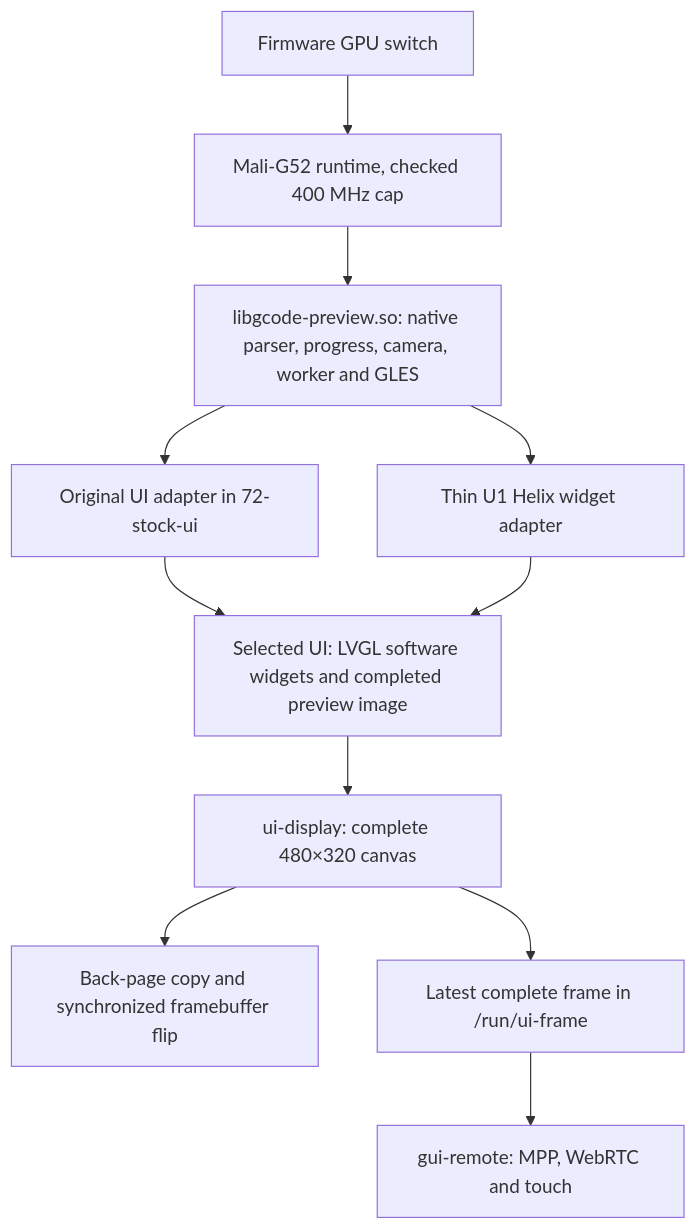
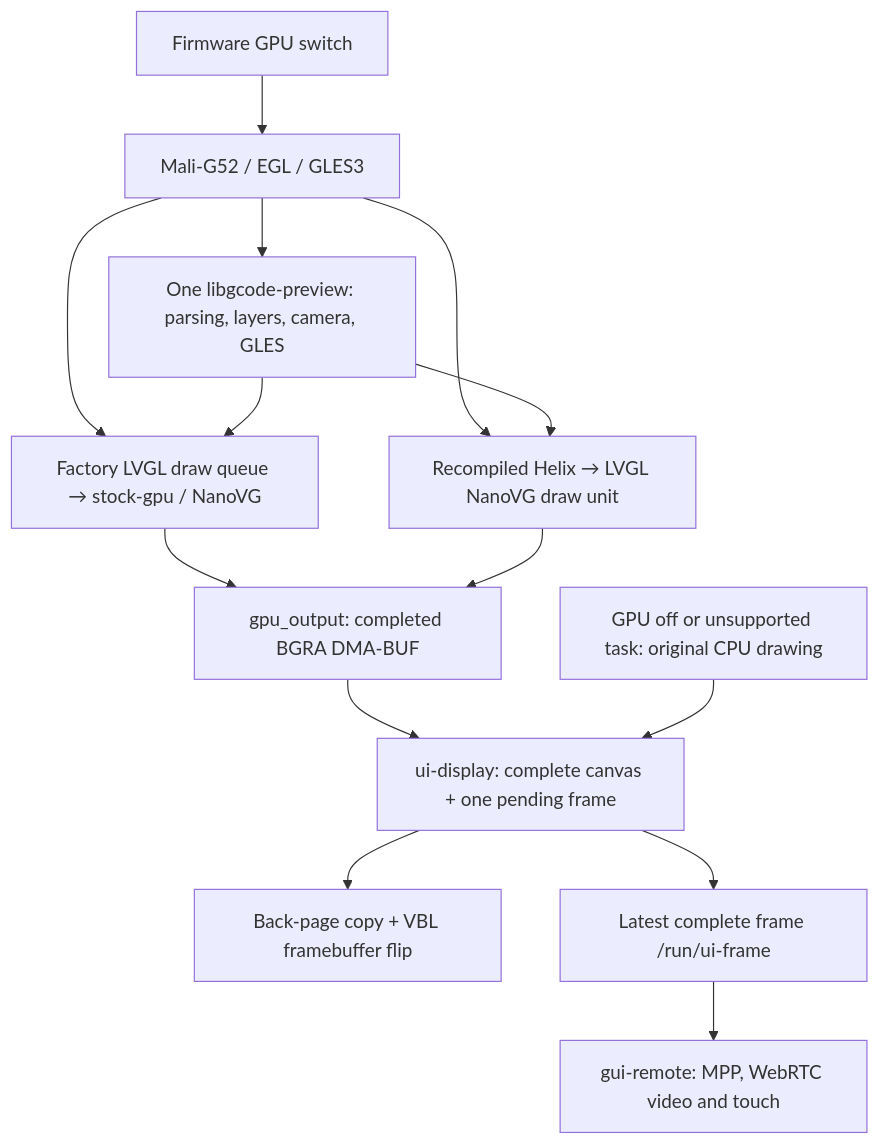
The diagram in docs/gpu-architecture.md (BICHENG/SnapmakerU1-Extended-Firmware), drawn with Mermaid before and after one commit. The commit also changed other lines of this file and 34 other files, not shown here.

First line of the commit message:
feat(gpu): draw factory and Helix widgets with native GLES

````diff
--- a/docs/gpu-architecture.md
+++ b/docs/gpu-architecture.md
@@ -16,13 +7,16 @@
 ```mermaid
 flowchart TD
-    setting["Firmware GPU switch"] --> runtime["Mali-G52 runtime, checked 400 MHz cap"]
-    runtime --> shared["libgcode-preview.so: native parser, progress, camera, worker and GLES"]
-    shared --> stock["Original UI adapter in 72-stock-ui"]
-    shared --> helix["Thin U1 Helix widget adapter"]
-    stock --> lvgl["Selected UI: LVGL software widgets and completed preview image"]
-    helix --> lvgl
-    lvgl --> presenter["ui-display: complete 480×320 canvas"]
-    presenter --> panel["Back-page copy and synchronized framebuffer flip"]
-    presenter --> snapshot["Latest complete frame in /run/ui-frame"]
-    snapshot --> remote["gui-remote: MPP, WebRTC and touch"]
+    setting["Firmware GPU switch"] --> runtime["Mali-G52 / EGL / GLES3"]
+    runtime --> native["Factory LVGL draw queue → stock-gpu / NanoVG"]
+    runtime --> helix["Recompiled Helix → LVGL NanoVG draw unit"]
+    runtime --> gcode["One libgcode-preview: parsing, layers, camera, GLES"]
+    gcode --> native
+    gcode --> helix
+    native --> output["gpu_output: completed BGRA DMA-BUF"]
+    helix --> output
+    output --> presenter["ui-display: complete canvas + one pending frame"]
+    cpu["GPU off or unsupported task: original CPU drawing"] --> presenter
+    presenter --> panel["Back-page copy + VBL framebuffer flip"]
+    presenter --> snapshot["Latest complete frame /run/ui-frame"]
+    snapshot --> remote["gui-remote: MPP, WebRTC video and touch"]
 ```
````
